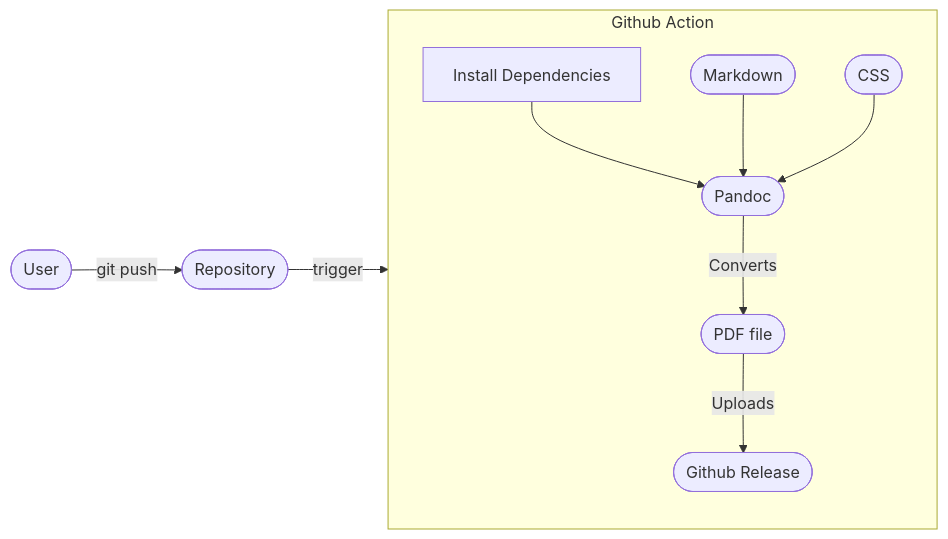
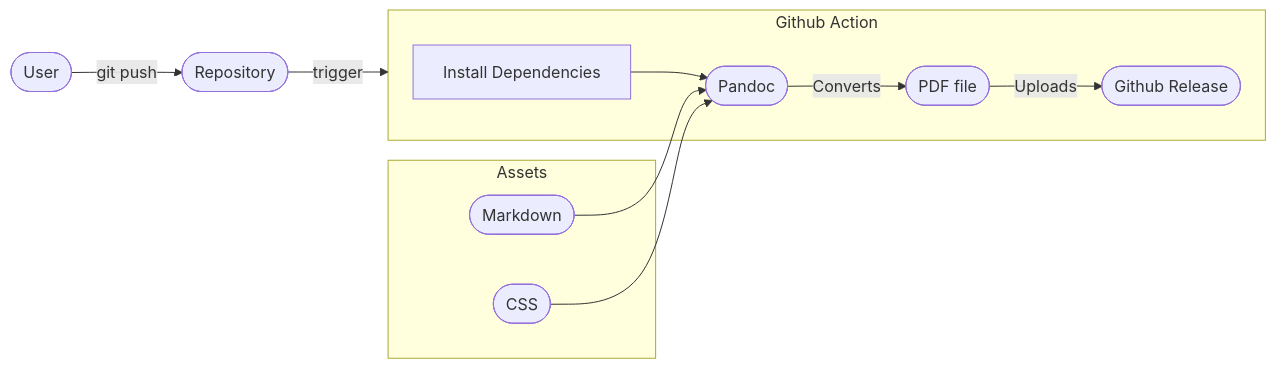
Before and after one commit to ShaharNaveh/ShaharNaveh.github.io: the diagram in content/blog/cicd-your-resume/index.md, drawn with Mermaid. The commit also changed other lines of this file, not shown here.

````diff
--- a/content/blog/cicd-your-resume/index.md
+++ b/content/blog/cicd-your-resume/index.md
@@ -17,20 +17,23 @@
 ```mermaid
 flowchart LR
   user([User])
   repository([Repository])
   action([Github Action])
   dependencies["Install Dependencies"]
   pandoc([Pandoc])
   markdown([Markdown])
   css([CSS])
   pdf([PDF file])
   release([Github Release])
   user-- git push -->repository
   repository-- trigger -->action
   subgraph action [Github Action]
     dependencies --> pandoc
-    markdown & css --> pandoc
     pandoc-- Converts -->pdf
     pdf-- Uploads -->release
   end
+
+  subgraph assets [Assets]
+    markdown & css --> pandoc
+  end
 ```
````
